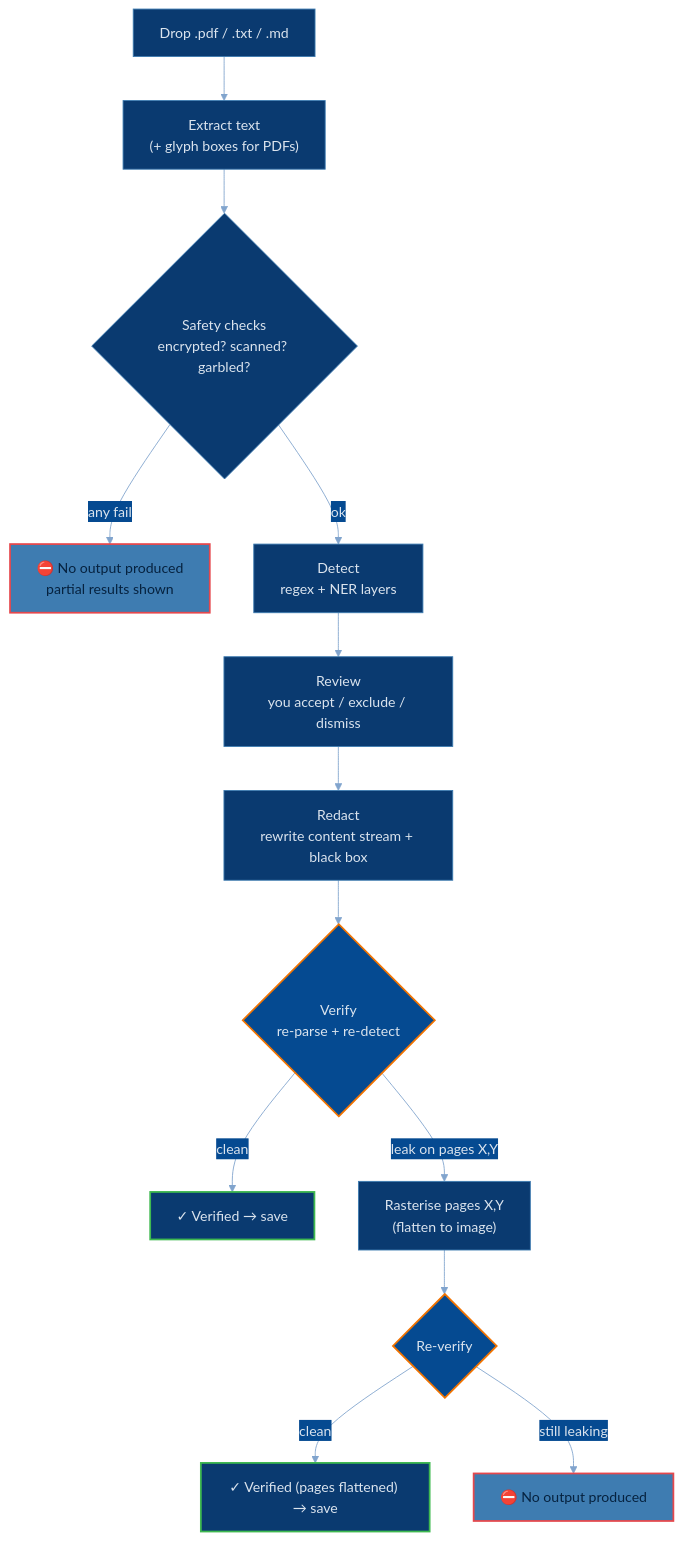
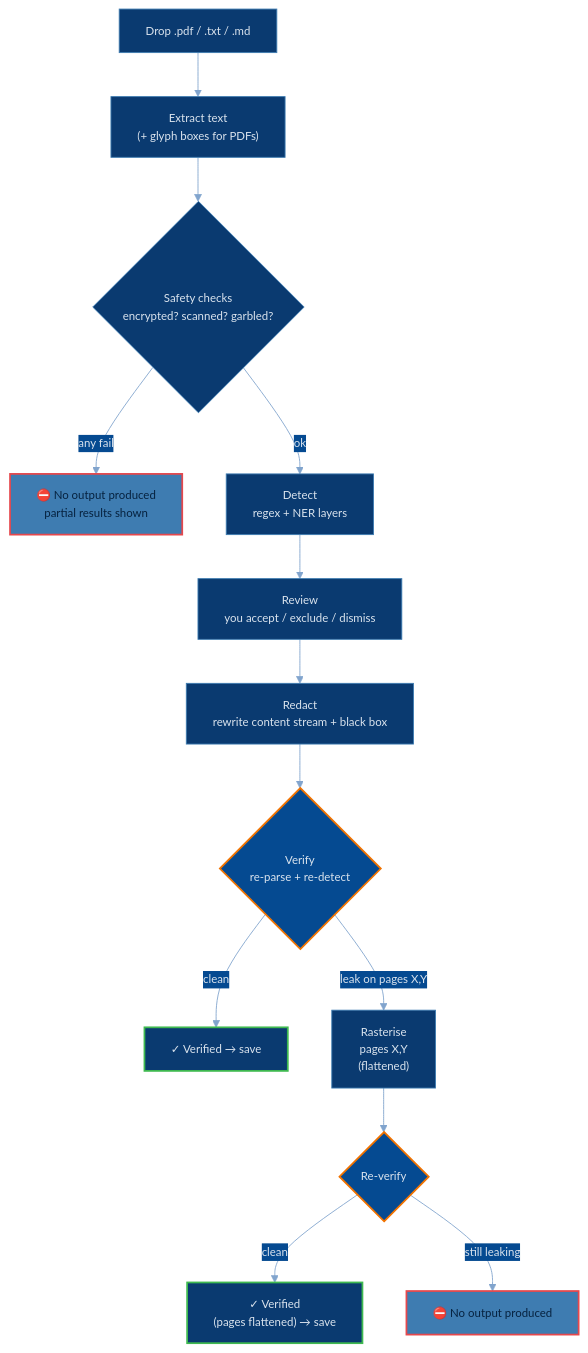
One commit to jamesgarner-me/redactyl changed the first of 3 diagrams in README.md. Above: the diagram before and after it, drawn with Mermaid. The commit also changed other lines of this file, not shown here.

````diff
--- a/README.md
+++ b/README.md
@@ -171,23 +41,23 @@
 ```mermaid
-%%{init: {'theme':'base','themeVariables':{'background':'#06223f','primaryColor':'#0a3a70','primaryTextColor':'#dbe4ee','primaryBorderColor':'#3e7cb1','lineColor':'#81a4cd','secondaryColor':'#054a91','tertiaryColor':'#054a91','fontFamily':'Inter, system-ui, sans-serif'}}}%%
+%%{init: {'theme':'base','themeVariables':{'background':'#06223f','primaryColor':'#0a3a70','primaryTextColor':'#dbe4ee','primaryBorderColor':'#3e7cb1','lineColor':'#81a4cd','secondaryColor':'#054a91','tertiaryColor':'#054a91','fontFamily':'Inter, system-ui, sans-serif','fontSize':'13px'}}}%%
 flowchart TD
     drop["Drop .pdf / .txt / .md"] --> extract["Extract text<br/>(+ glyph boxes for PDFs)"]
     extract --> safety{"Safety checks<br/>encrypted? scanned? garbled?"}
     safety -- "any fail" --> blocked["⛔ No output produced<br/>partial results shown"]
     safety -- "ok" --> detect["Detect<br/>regex + NER layers"]
     detect --> review["Review<br/>you accept / exclude / dismiss"]
     review --> redact["Redact<br/>rewrite content stream + black box"]
     redact --> verify{"Verify<br/>re-parse + re-detect"}
     verify -- "clean" --> download["✓ Verified → save"]
-    verify -- "leak on pages X,Y" --> raster["Rasterise pages X,Y<br/>(flatten to image)"]
+    verify -- "leak on pages X,Y" --> raster["Rasterise<br/>pages X,Y<br/>(flattened)"]
     raster --> reverify{"Re-verify"}
-    reverify -- "clean" --> download2["✓ Verified (pages flattened) → save"]
+    reverify -- "clean" --> download2["✓ Verified<br/>(pages flattened) → save"]
     reverify -- "still leaking" --> blocked2["⛔ No output produced"]
 
     class verify,reverify check
     class blocked,blocked2 stop
     class download,download2 ok
     classDef check fill:#054a91,stroke:#f17300,color:#dbe4ee,stroke-width:2px;
     classDef stop fill:#3e7cb1,stroke:#e5484d,color:#06223f,stroke-width:2px;
     classDef ok fill:#0a3a70,stroke:#3fb950,color:#dbe4ee,stroke-width:2px;
 ```
````
